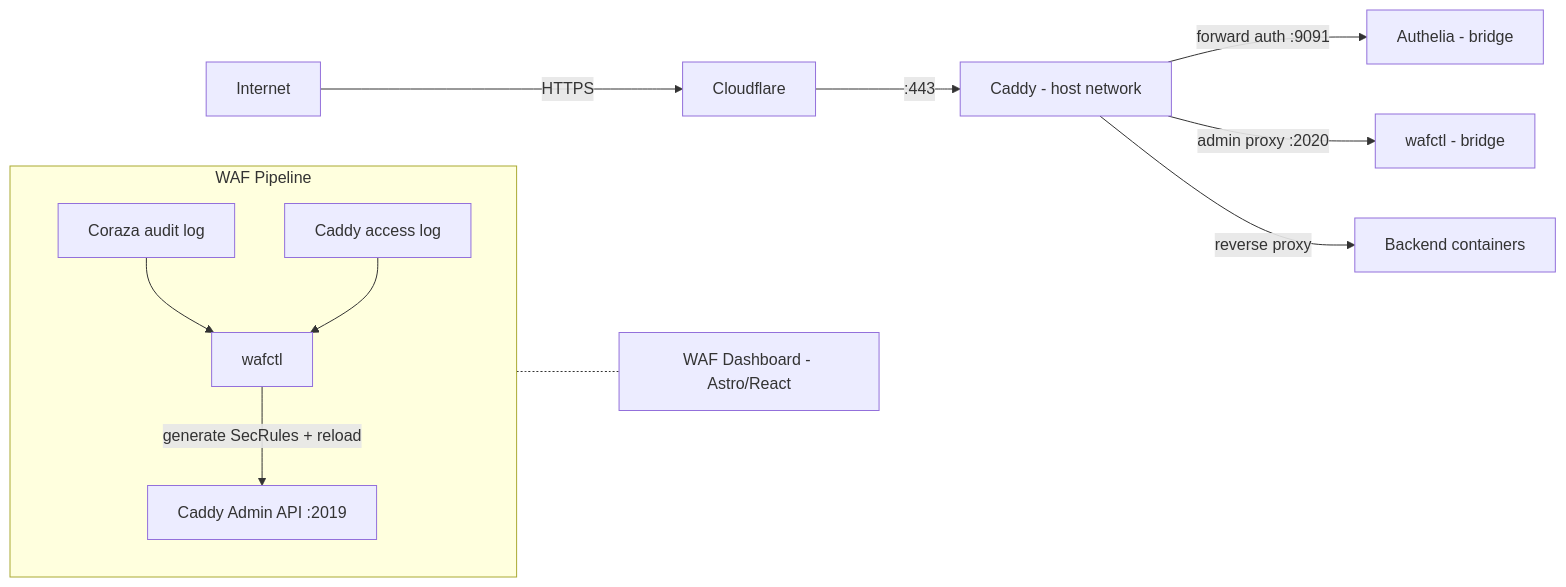
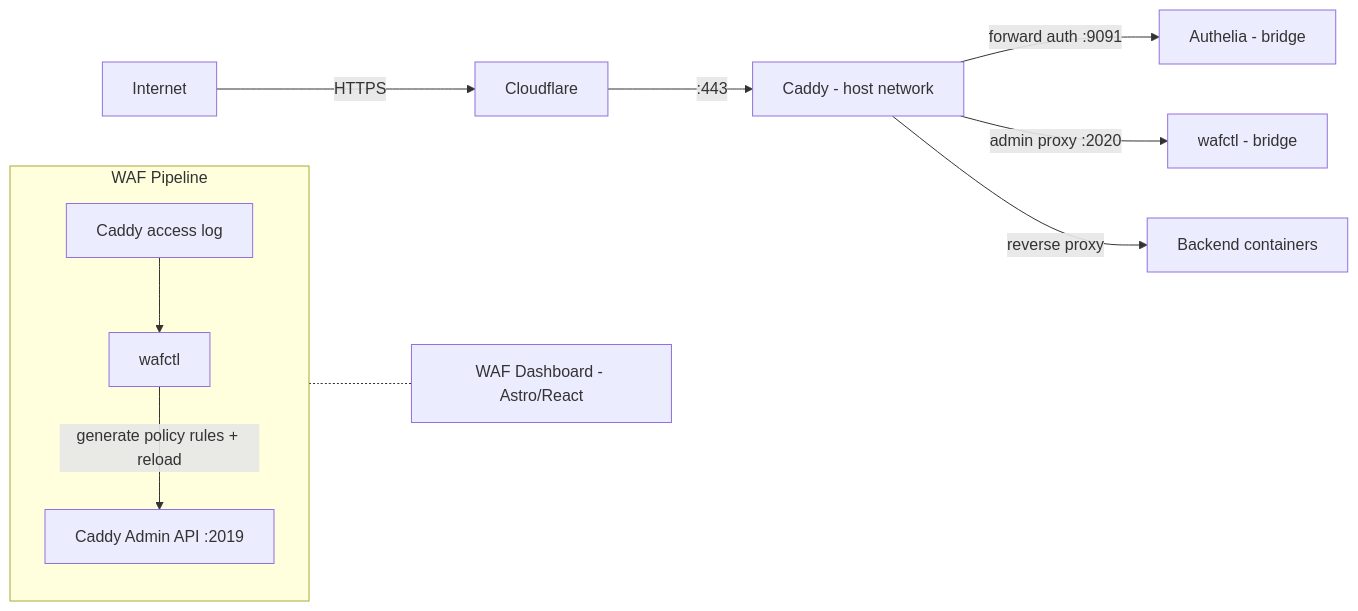
One commit to erfianugrah/caddy-compose changed the diagram in README.md. Above: the diagram before and after it, drawn with Mermaid. The commit also changed other lines of this file and 6 other files, not shown here.

First line of the commit message:
feat: timeline legend toggle + log scale, fix stale docs + CI path filters

````diff
--- a/README.md
+++ b/README.md
@@ -7,17 +7,16 @@
 ```mermaid
 graph LR
     Internet -->|HTTPS| CF[Cloudflare]
     CF -->|:443| Caddy[Caddy - host network]
     Caddy -->|forward auth :9091| Authelia[Authelia - bridge]
     Caddy -->|admin proxy :2020| wafctl[wafctl - bridge]
     Caddy -->|reverse proxy| Backends[Backend containers]
 
     subgraph WAF Pipeline
         direction TB
-        AuditLog[Coraza audit log] --> wafctl2[wafctl]
-        AccessLog[Caddy access log] --> wafctl2
-        wafctl2 -->|generate SecRules + reload| CaddyAdmin[Caddy Admin API :2019]
+        AccessLog[Caddy access log] --> wafctl2[wafctl]
+        wafctl2 -->|generate policy rules + reload| CaddyAdmin[Caddy Admin API :2019]
     end
 
     wafctl2 -.- Dashboard[WAF Dashboard - Astro/React]
 ```
````
